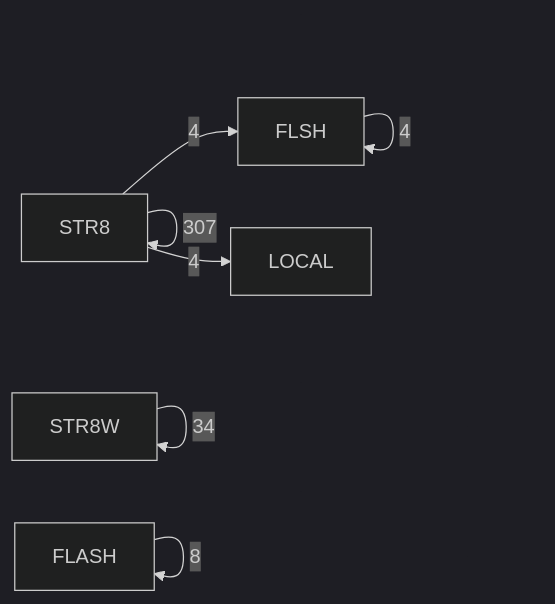
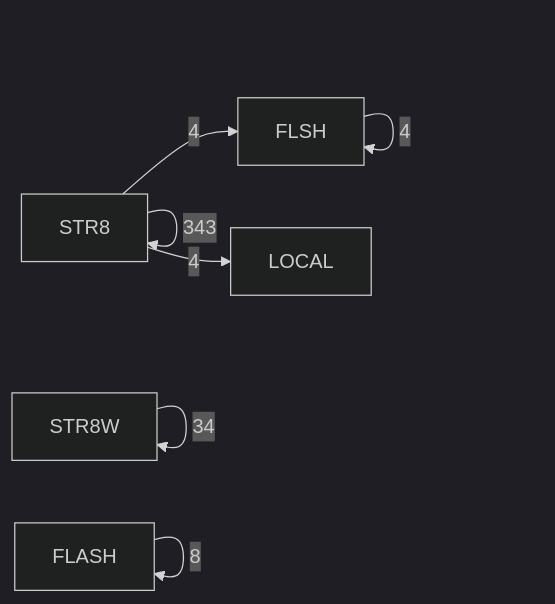
Before and after one commit to 95westus/R-YORS: the fifth of 6 diagrams in DOC/GENERATED/ROUTINE_CLASS_DIAGRAM.md, drawn with Mermaid (dark theme). The commit also changed other lines of this file and 19 other files, not shown here.

````diff
--- a/DOC/GENERATED/ROUTINE_CLASS_DIAGRAM.md
+++ b/DOC/GENERATED/ROUTINE_CLASS_DIAGRAM.md
@@ -77,9 +77,9 @@
 ```mermaid
 flowchart LR
-    P_STR8[STR8] -->|307| P_STR8[STR8]
+    P_STR8[STR8] -->|343| P_STR8[STR8]
     P_STR8W[STR8W] -->|34| P_STR8W[STR8W]
     P_FLASH[FLASH] -->|8| P_FLASH[FLASH]
     P_FLSH[FLSH] -->|4| P_FLSH[FLSH]
     P_STR8[STR8] -->|4| P_FLSH[FLSH]
     P_STR8[STR8] -->|4| P_LOCAL[LOCAL]
 ```
````
